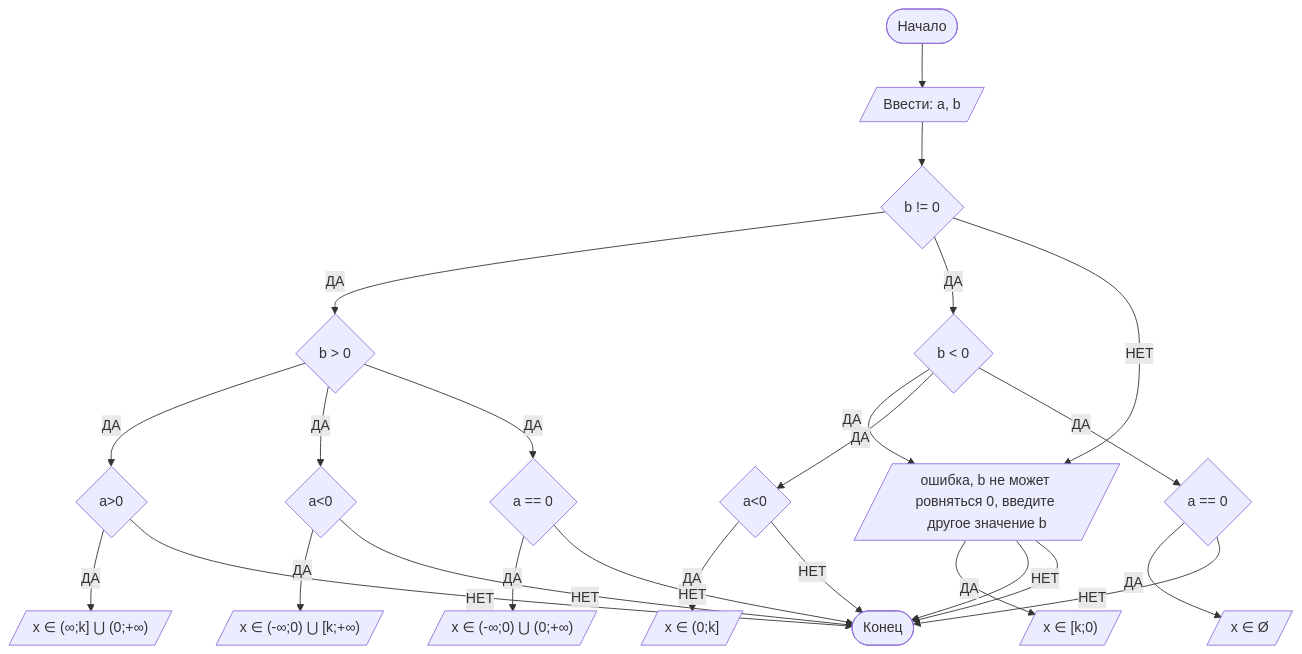
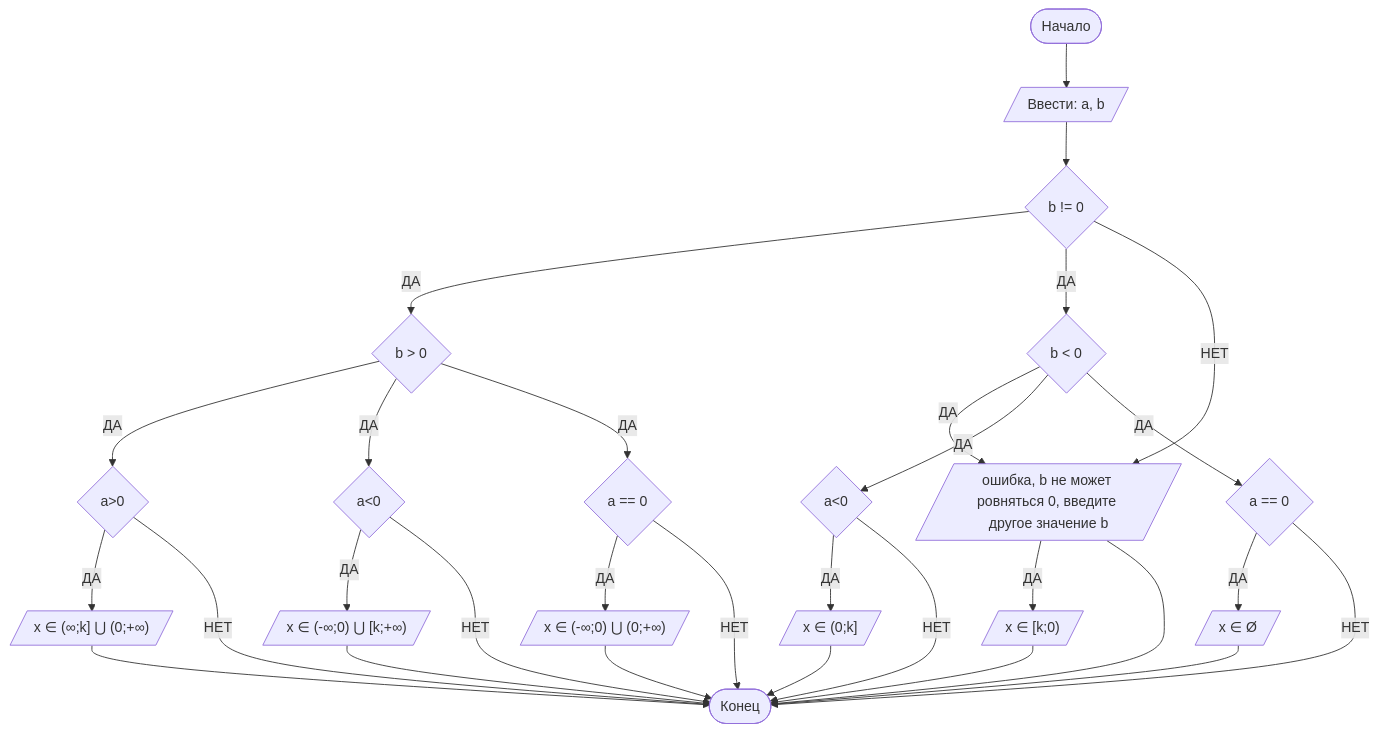
The diagram in Readme.md (AnnaVolodchenko/Laab1), drawn with Mermaid before and after one commit.

````diff
--- a/Readme.md
+++ b/Readme.md
@@ -104,27 +104,33 @@
 ```mermaid
 graph TD
     A([Начало]) --> B[/Ввести: a, b/]
     B --> C{b != 0}
     C -- ДА --> D{b > 0}
     D -- ДА --> E{a>0}
     D -- ДА --> F{a<0}
     D -- ДА --> L{a == 0}
     E -- ДА --> T[/"x ∈ (∞;k] ⋃ (0;+∞)"/]
     E -- НЕТ --> S
     F -- ДА --> P[/"x ∈ (-∞;0) ⋃ [k;+∞)"/]
     F -- НЕТ --> S
     L -- ДА --> G[/"x ∈ (-∞;0) ⋃ (0;+∞)"/]
     L -- НЕТ --> S
     C -- ДА --> R{b < 0}
     R -- ДА --> M{a>0}
     R -- ДА --> N{a<0}
     R -- ДА --> O{a == 0}
     M -- ДА --> Z[/"x ∈ [k;0)"/]
-    M -- НЕТ --> S
     N -- ДА --> X[/"x ∈ (0;k]"/]
     N -- НЕТ --> S
     O -- ДА --> V[/"x ∈ Ø"/]
     O -- НЕТ --> S
     C -- НЕТ --> M[/"ошибка, b не может ровняться 0, введите другое значение b"/]
     M --> S([Конец])
+    T --> S
+    P --> S
+    G --> S
+    Z --> S
+    X --> S
+    V --> S
+    
 ```
````
